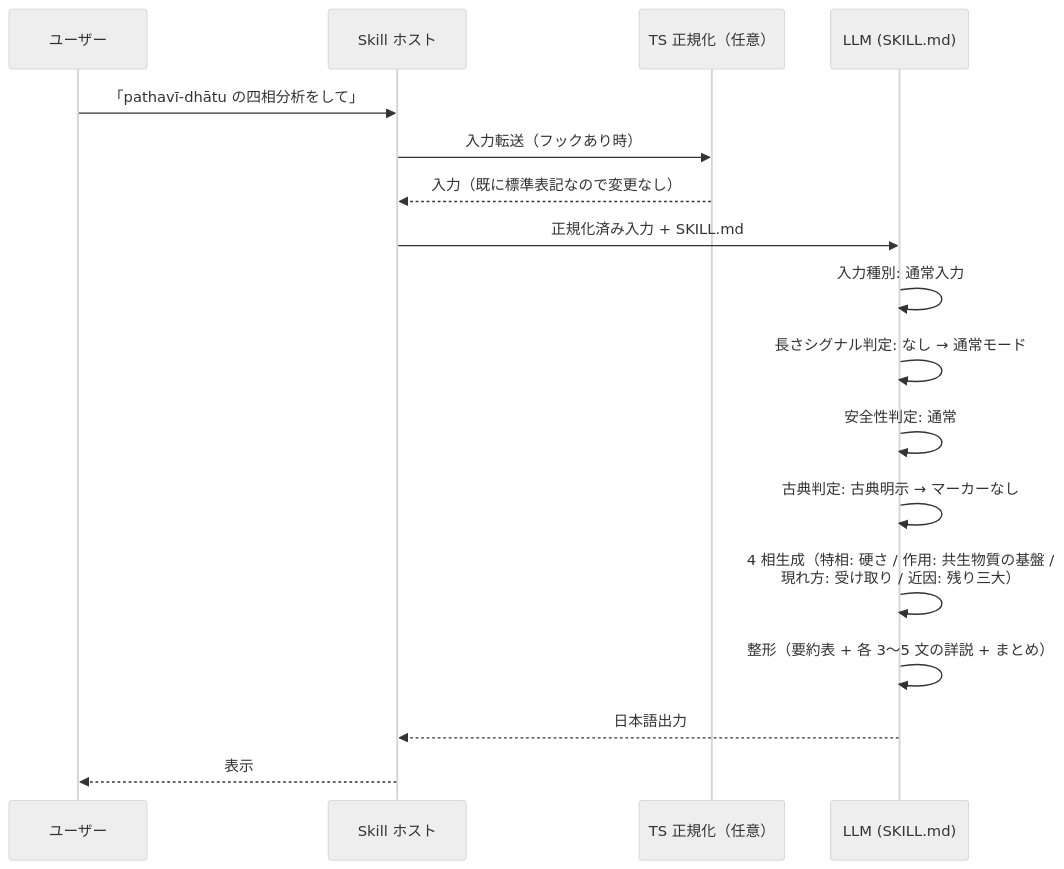
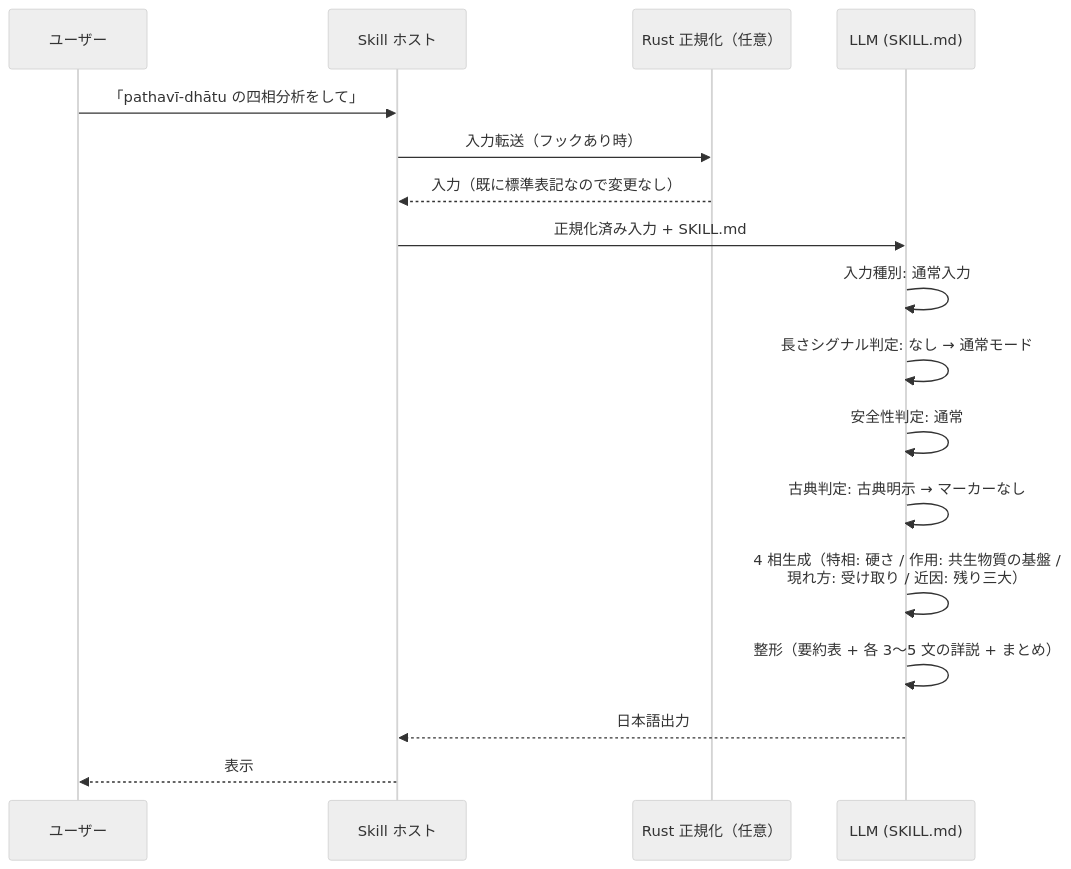
Before and after one commit to seiei-sogen/lakkhanadi-catukka-analytics: the second of 10 diagrams in docs/design/lakkhanadi-catukka-analytics-requirements/dataflow.md, drawn with Mermaid (neutral theme). The commit also changed other lines of this file and 30 other files, not shown here.

````diff
--- a/docs/design/lakkhanadi-catukka-analytics-requirements/dataflow.md
+++ b/docs/design/lakkhanadi-catukka-analytics-requirements/dataflow.md
@@ -62,20 +62,20 @@
 ```mermaid
 sequenceDiagram
     participant U as ユーザー
     participant H as Skill ホスト
-    participant N as TS 正規化（任意）
+    participant N as Rust 正規化（任意）
     participant L as LLM (SKILL.md)
 
     U->>H: 「pathavī-dhātu の四相分析をして」
     H->>N: 入力転送（フックあり時）
     N-->>H: 入力（既に標準表記なので変更なし）
     H->>L: 正規化済み入力 + SKILL.md
     L->>L: 入力種別: 通常入力
     L->>L: 長さシグナル判定: なし → 通常モード
     L->>L: 安全性判定: 通常
     L->>L: 古典判定: 古典明示 → マーカーなし
     L->>L: 4 相生成（特相: 硬さ / 作用: 共生物質の基盤 /<br/>現れ方: 受け取り / 近因: 残り三大）
     L->>L: 整形（要約表 + 各 3〜5 文の詳説 + まとめ）
     L-->>H: 日本語出力
     H-->>U: 表示
 ```
````
